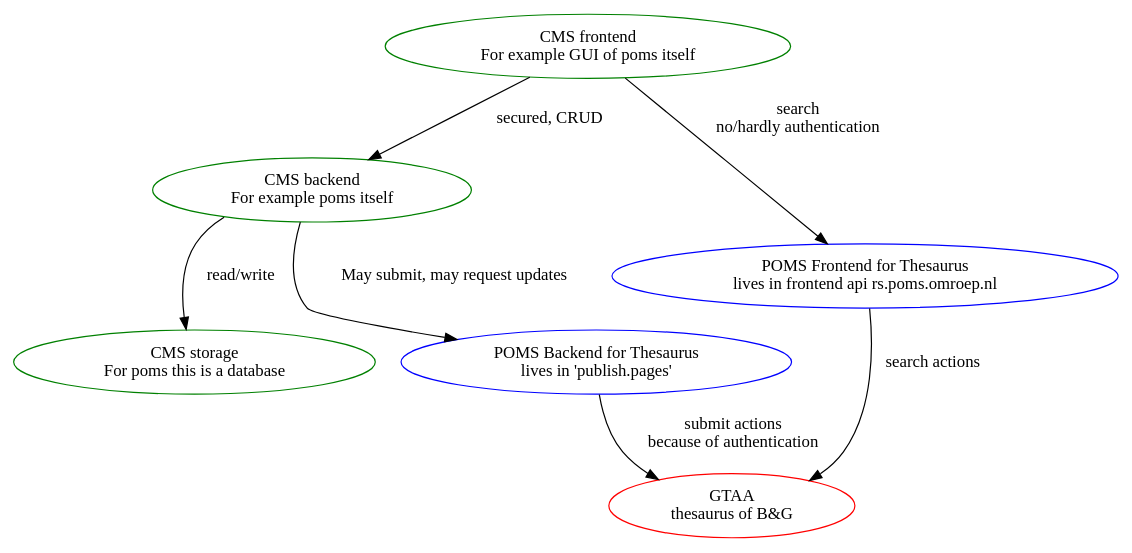
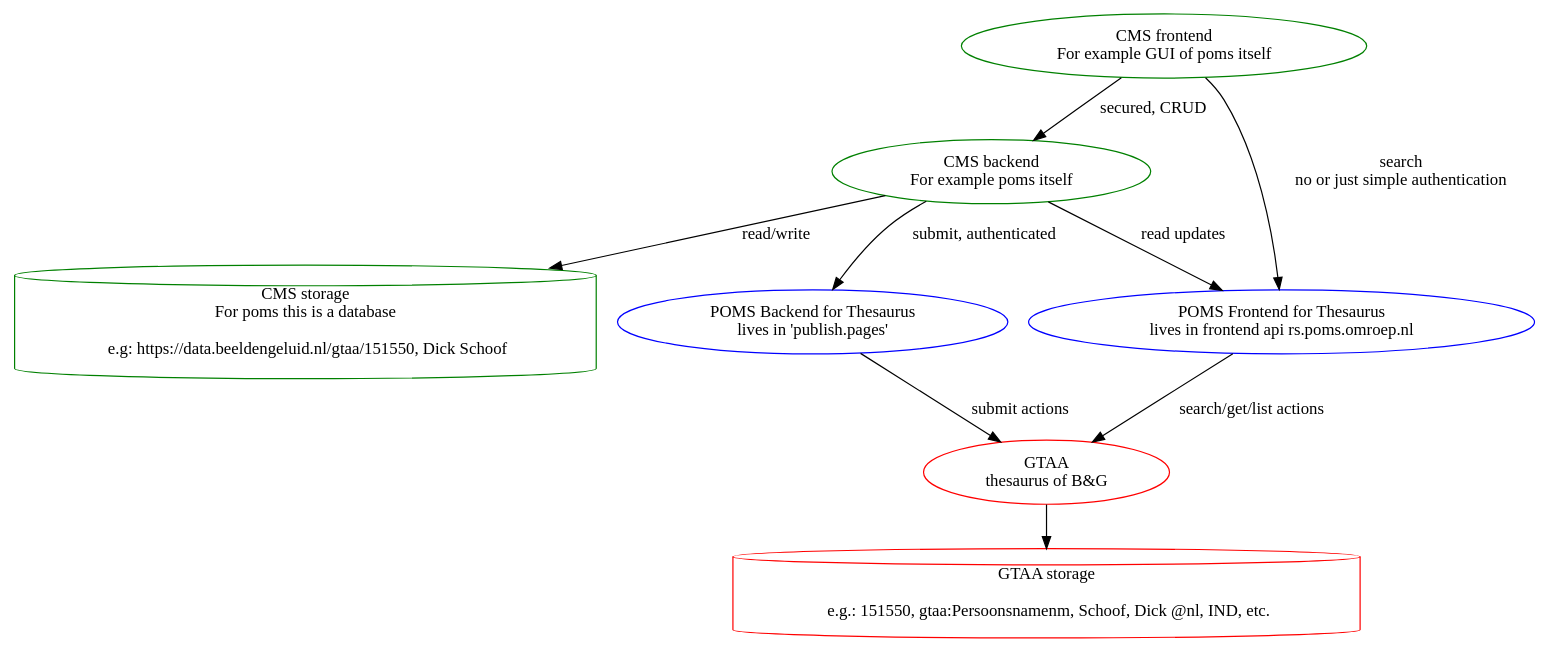
The diagram in gtaa-openskos/gtaa.dot (npo-poms/poms-shared), drawn with Graphviz before and after one commit. The commit also changed 1 other file, not shown here.

```diff
--- a/gtaa-openskos/gtaa.dot
+++ b/gtaa-openskos/gtaa.dot
@@ -1,44 +1,55 @@
 
 strict digraph {
 
   CMS_FRONTEND [
 		label="CMS frontend\nFor example GUI of poms itself",
 		color="green"
 	]
 	CMS_BACKEND  [
 	  label="CMS backend\nFor example poms itself"
 	  color="green"
 	]
   CMS_REPOS [
-	  label="CMS storage\nFor poms this is a database"
+	  label="CMS storage\nFor poms this is a database\n
+	  e.g: https://data.beeldengeluid.nl/gtaa/151550, Dick Schoof"
 	  color="green"
+		shape=cylinder
 	]
 
    GTAA  [
 	    label="GTAA\nthesaurus of B&G"
 			href="https://gtaa.apis.beeldengeluid.nl/"
 	    color="red"
 	 ]
+	 GTAA_REPOS [
+	  label="GTAA storage\n
+	  e.g.: 151550, gtaa:Persoonsnamenm, Schoof, Dick @nl, IND, etc."
+	  color="red"
+		shape=cylinder
+	]
    POMS_BACKEND  [
 	    label="POMS Backend for Thesaurus\nlives in 'publish.pages'"
 			href="https://publish.pages.omroep.nl/docs/api/#/thesaurus"
 	    color="blue"
   ]
    POMS_FRONTEND  [
 	    label="POMS Frontend for Thesaurus\nlives in frontend api rs.poms.omroep.nl"
 	    href="https://rs-test.poms.omroep.nl/v1/docs/api/#/thesaurus"
 	    color="blue"
 	 ]
 
 	 CMS_FRONTEND -> CMS_BACKEND [label="secured, CRUD"]
-	 CMS_FRONTEND -> POMS_FRONTEND [label="search\nno/hardly authentication"]
+	 CMS_FRONTEND -> POMS_FRONTEND [label="search\nno or just simple authentication"]
 
-	 CMS_BACKEND -> POMS_BACKEND [label="May submit, may request updates"]
+	 CMS_BACKEND -> POMS_BACKEND [label="submit, authenticated"]
+	 CMS_BACKEND -> POMS_FRONTEND [label="read updates"]
 	 CMS_BACKEND -> CMS_REPOS [label="read/write"]
 
-   POMS_BACKEND -> GTAA [label="submit actions\nbecause of authentication"]
-   POMS_FRONTEND -> GTAA [label="search actions"]
+   POMS_BACKEND -> GTAA [label="submit actions"]
+   POMS_FRONTEND -> GTAA [label="search/get/list actions"]
+
+   GTAA -> GTAA_REPOS
 
 
 
 }
```
